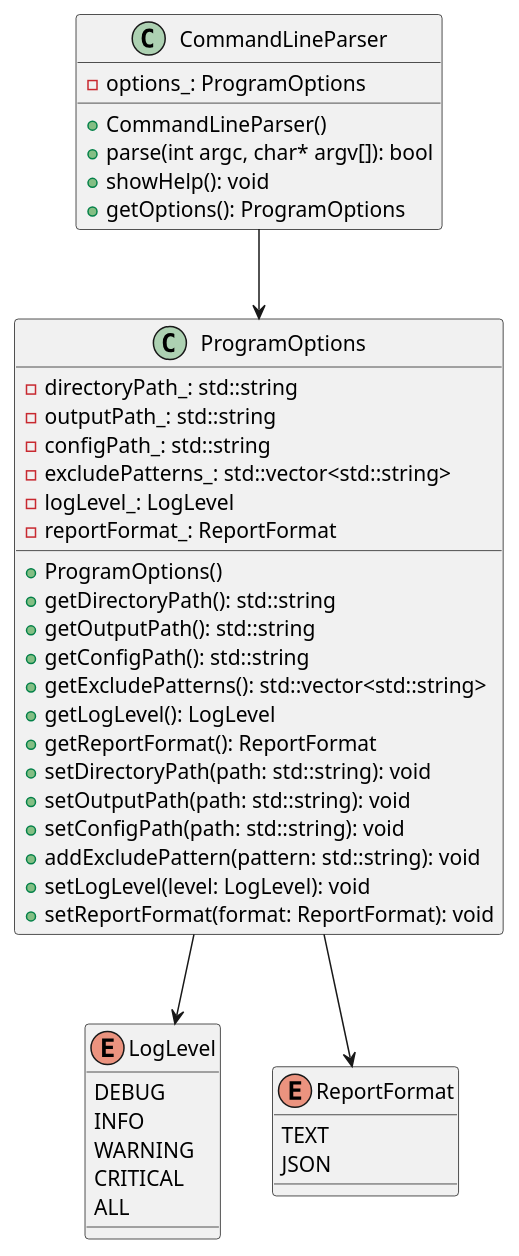
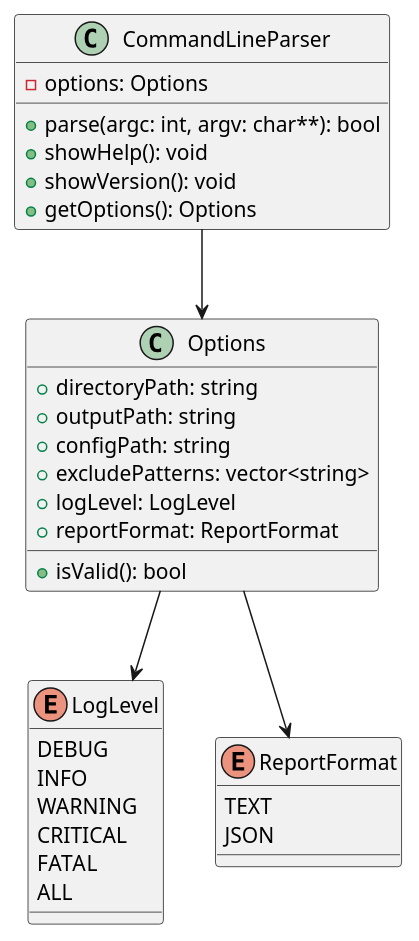
Before and after one commit to eric2023/dlogcover: the second of 10 diagrams in docs/概要设计文档.md, drawn with PlantUML. The commit also changed other lines of this file and 2 other files, not shown here.

````diff
--- a/docs/概要设计文档.md
+++ b/docs/概要设计文档.md
@@ -103,50 +111,39 @@
 ```plantuml
 @startuml
 class CommandLineParser {
-  -options_: ProgramOptions
-  +CommandLineParser()
-  +parse(int argc, char* argv[]): bool
+  -options: Options
+  +parse(argc: int, argv: char**): bool
   +showHelp(): void
-  +getOptions(): ProgramOptions
+  +showVersion(): void
+  +getOptions(): Options
 }
 
-class ProgramOptions {
-  -directoryPath_: std::string
-  -outputPath_: std::string
-  -configPath_: std::string
-  -excludePatterns_: std::vector<std::string>
-  -logLevel_: LogLevel
-  -reportFormat_: ReportFormat
-  +ProgramOptions()
-  +getDirectoryPath(): std::string
-  +getOutputPath(): std::string
-  +getConfigPath(): std::string
-  +getExcludePatterns(): std::vector<std::string>
-  +getLogLevel(): LogLevel
-  +getReportFormat(): ReportFormat
-  +setDirectoryPath(path: std::string): void
-  +setOutputPath(path: std::string): void
-  +setConfigPath(path: std::string): void
-  +addExcludePattern(pattern: std::string): void
-  +setLogLevel(level: LogLevel): void
-  +setReportFormat(format: ReportFormat): void
+class Options {
+  +directoryPath: string
+  +outputPath: string
+  +configPath: string
+  +excludePatterns: vector<string>
+  +logLevel: LogLevel
+  +reportFormat: ReportFormat
+  +isValid(): bool
 }
 
 enum LogLevel {
   DEBUG
   INFO
   WARNING
   CRITICAL
+  FATAL
   ALL
 }
 
 enum ReportFormat {
   TEXT
   JSON
 }
 
-CommandLineParser --> ProgramOptions
-ProgramOptions --> LogLevel
-ProgramOptions --> ReportFormat
+CommandLineParser --> Options
+Options --> LogLevel
+Options --> ReportFormat
 @enduml
 ```
````
